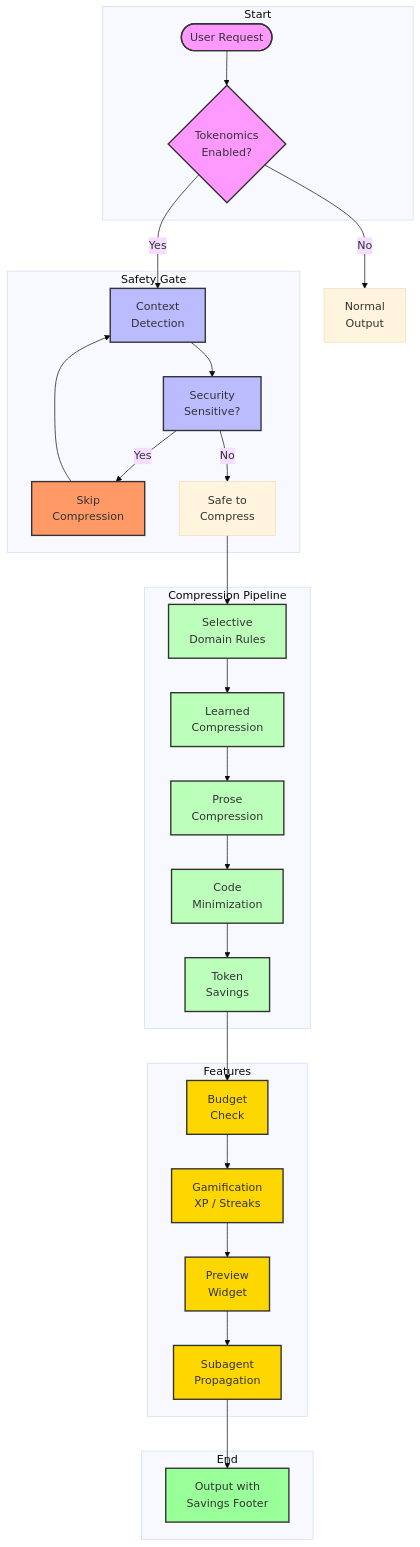
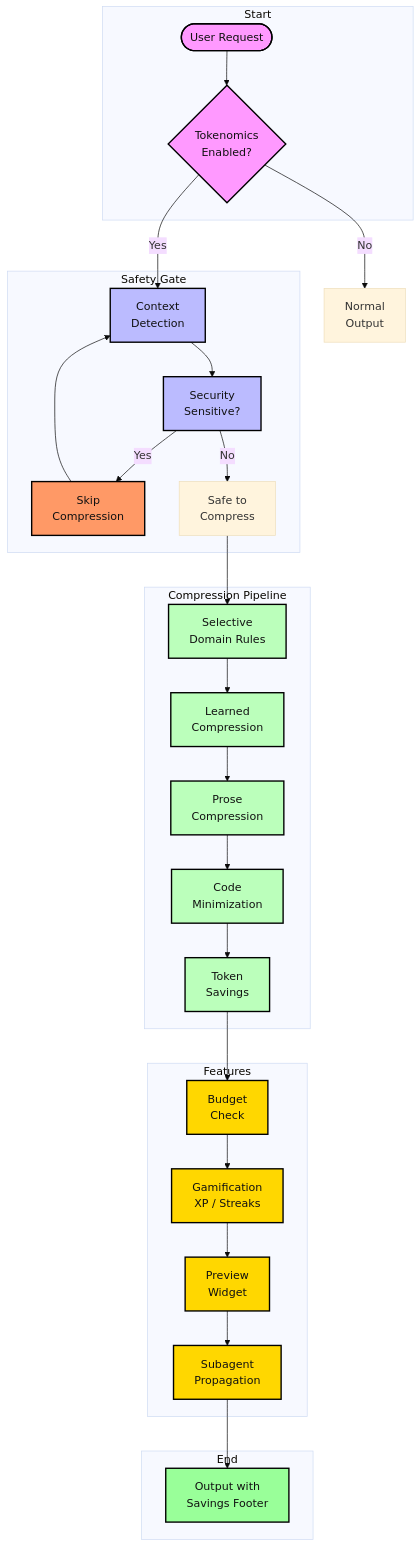
One commit to z99wE/tokenomics-plugin changed the first of 3 diagrams in README.md. Above: the diagram before and after it, drawn with Mermaid (base theme). The commit also changed other lines of this file, not shown here.

First line of the commit message:
v2.3.10: Fix Mermaid diagram text readability - dark text colors

````diff
--- a/README.md
+++ b/README.md
@@ -45,49 +45,49 @@
 ```mermaid
 flowchart TD
     subgraph Start ["Start"]
         A([User Request]) --> B{Tokenomics<br/>Enabled?}
     end
 
     subgraph Safety ["Safety Gate"]
         D[Context<br/>Detection] --> E[Security<br/>Sensitive?]
         E -->|Yes| F[Skip<br/>Compression]
         E -->|No| G[Safe to<br/>Compress]
     end
 
     subgraph Compress ["Compression Pipeline"]
         G --> H[Selective<br/>Domain Rules]
         H --> I[Learned<br/>Compression]
         I --> J[Prose<br/>Compression]
         J --> K[Code<br/>Minimization]
         K --> L[Token<br/>Savings]
     end
 
     subgraph Features ["Features"]
         L --> M[Budget<br/>Check]
         M --> N[Gamification<br/>XP / Streaks]
         N --> O[Preview<br/>Widget]
         O --> P[Subagent<br/>Propagation]
     end
 
     subgraph Final ["End"]
         P --> Q[Output with<br/>Savings Footer]
     end
 
     B -->|No| R[Normal<br/>Output]
     B -->|Yes| D
     F --> D
 
-    classDef start fill:#f9f,stroke:#333,stroke-width:2px
-    classDef safety fill:#bbf,stroke:#333,stroke-width:2px
-    classDef compress fill:#bfb,stroke:#333,stroke-width:2px
-    classDef features fill:#ffd700,stroke:#333,stroke-width:2px
-    classDef completed fill:#9f9,stroke:#333,stroke-width:2px
-    classDef skip fill:#f96,stroke:#333,stroke-width:2px
+    classDef start fill:#f9f,stroke:#000,stroke-width:2px,color:#111
+    classDef safety fill:#bbf,stroke:#000,stroke-width:2px,color:#111
+    classDef compress fill:#bfb,stroke:#000,stroke-width:2px,color:#111
+    classDef features fill:#ffd700,stroke:#000,stroke-width:2px,color:#111
+    classDef completed fill:#9f9,stroke:#000,stroke-width:2px,color:#111
+    classDef skip fill:#f96,stroke:#000,stroke-width:2px,color:#111
 
     class A,B start
     class D,E,F safety
     class H,I,J,K,L compress
     class M,N,O,P features
     class Q completed
     class F skip
 ```
````
